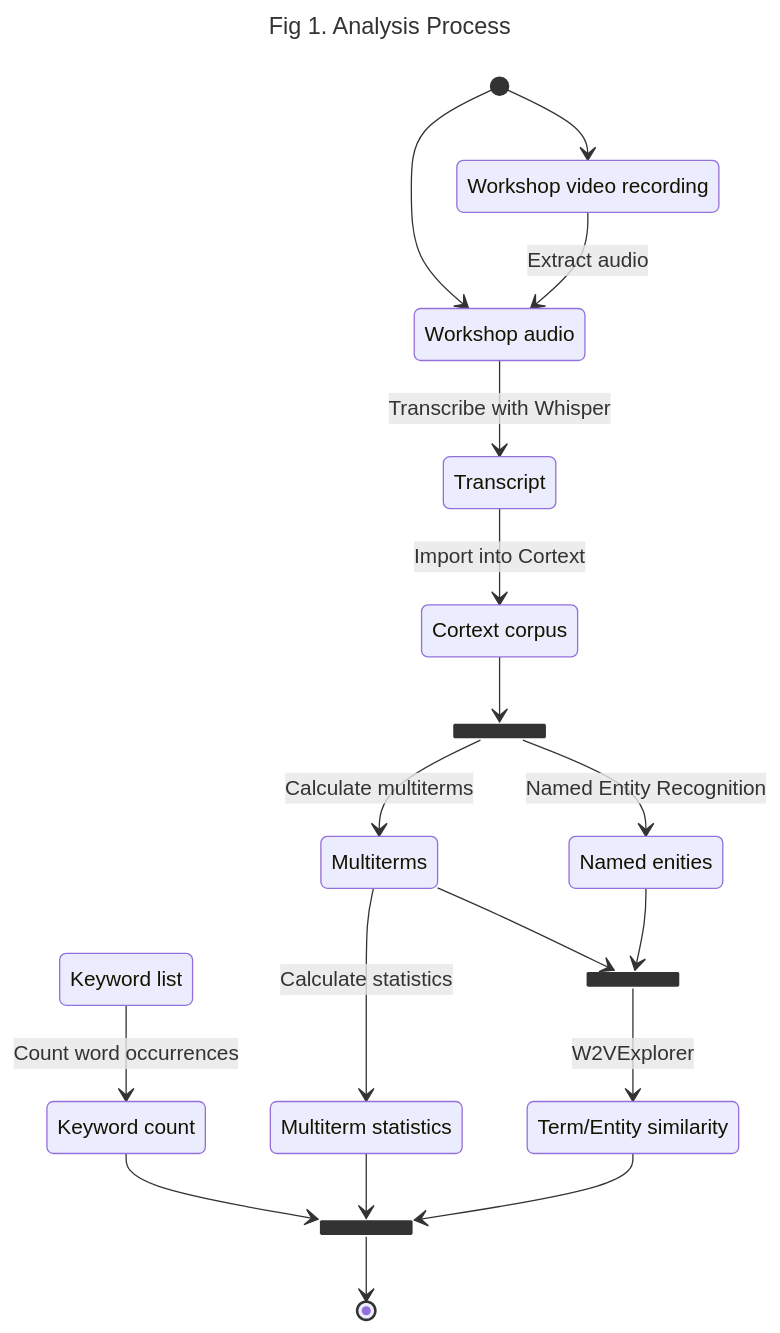
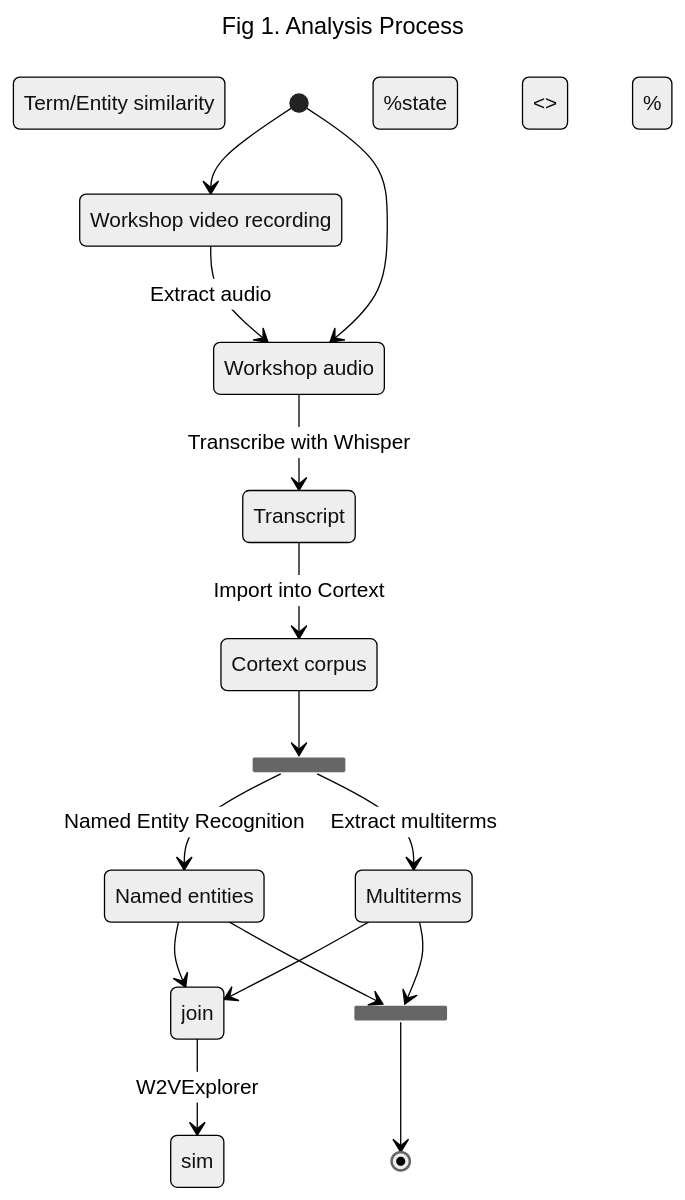
One commit to VCityTeam/PEPR-VDBI changed the diagram in data-visualization/src/pages/reports/js-2025-workshop-analysis.md. Above: the diagram before and after it, drawn with Mermaid. The commit also changed other lines of this file and 2 other files, not shown here.

````diff
--- a/data-visualization/src/pages/reports/js-2025-workshop-analysis.md
+++ b/data-visualization/src/pages/reports/js-2025-workshop-analysis.md
@@ -90,47 +121,38 @@
 ```mermaid
 ---
 title: "Fig 1. Analysis Process"
+config:
+  theme: neutral
 ---
 
 stateDiagram-v2
 
   %%direction LR
 
-  video : Workshop video recording
-  audio : Workshop audio
-  words : Keyword list
-  wc    : Keyword count
-  %% wci   : Keyword intersection count
-  cc    : Cortext corpus
-  wcco  : Multiterm statistics
-  ne    : Named enities
-  es    : Term/Entity similarity
+  video     : Workshop video recording
+  audio     : Workshop audio
+  corpus    : Cortext corpus
+  entities  : Named entities
+  %sim       : Term/Entity similarity
 
   [*] --> video
   [*] --> audio
   video --> audio       : Extract audio
   audio --> Transcript  : Transcribe with Whisper
-  Transcript --> cc         : Import into Cortext
+  Transcript --> corpus         : Import into Cortext
 
   state fork2 <<fork>>
-    cc --> fork2
-    fork2 --> ne          : Named Entity Recognition
-    fork2 --> Multiterms  : Calculate multiterms
+    corpus --> fork2
+    fork2 --> entities    : Named Entity Recognition
+    fork2 --> Multiterms  : Extract multiterms
 
-  state join <<join>>
-    Multiterms --> join
-    ne --> join
-    join --> es : W2VExplorer
-
-  Multiterms --> wcco : Calculate statistics
-  words --> wc        : Count word occurrences
+  %state join <<join>>
+  %  Multiterms --> join
+  %  entities --> join
+  %  join --> sim : W2VExplorer
 
   state join2 <<join>>
-    wc --> join2
-    %% wc --> wci    : Calculate intersection for parallel activity keyword counts
-    wcco --> join2
-    %% ne --> join2
-    es --> join2
-    %% wci --> join2
+    entities --> join2
+    Multiterms --> join2
     join2 --> [*]
 ```
````
